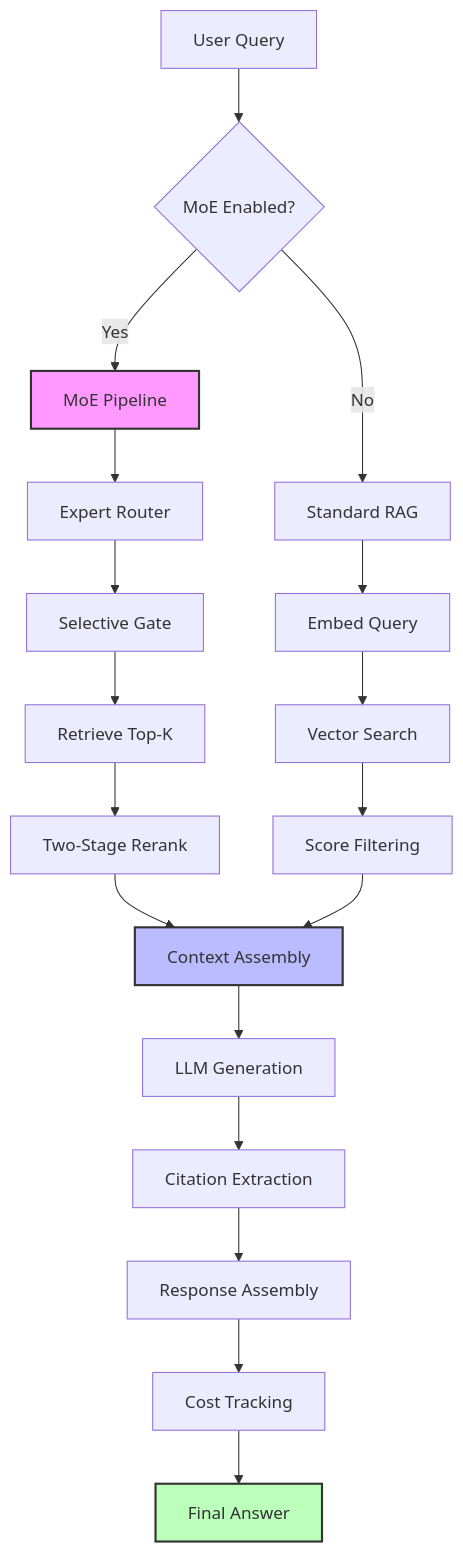
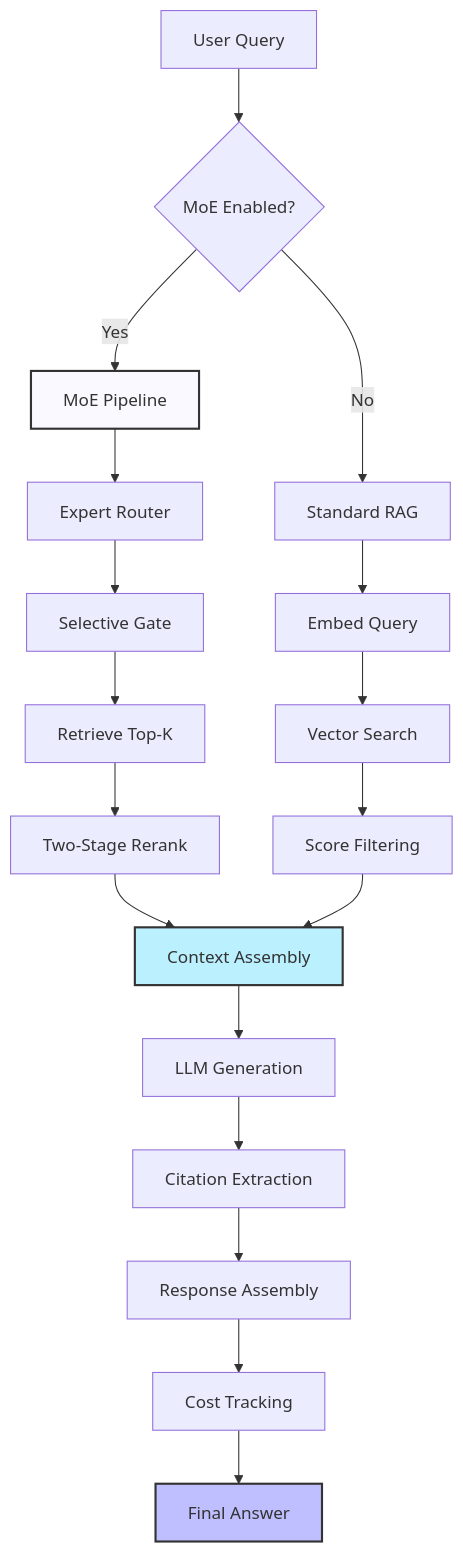
One commit to JackSmack1971/personal-rag-propo changed the fourth of 5 diagrams in README.md. Above: the diagram before and after it, drawn with Mermaid. The commit also changed other lines of this file, not shown here.

````diff
--- a/README.md
+++ b/README.md
@@ -228,27 +232,27 @@
 ```mermaid
 flowchart TD
     A[User Query] --> B{MoE Enabled?}
     B -->|Yes| C[MoE Pipeline]
     B -->|No| D[Standard RAG]
     
     C --> C1[Expert Router]
     C1 --> C2[Selective Gate]
     C2 --> C3[Retrieve Top-K]
     C3 --> C4[Two-Stage Rerank]
     C4 --> E[Context Assembly]
     
     D --> D1[Embed Query]
     D1 --> D2[Vector Search]
     D2 --> D3[Score Filtering]
     D3 --> E
     
     E --> F[LLM Generation]
     F --> G[Citation Extraction]
     G --> H[Response Assembly]
     H --> I[Cost Tracking]
     I --> J[Final Answer]
     
-    style C fill:#f9f,stroke:#333,stroke-width:2px
-    style E fill:#bbf,stroke:#333,stroke-width:2px
-    style J fill:#bfb,stroke:#333,stroke-width:2px
+    style C fill:#f9f9ff,stroke:#333,stroke-width:2px
+    style E fill:#bbf0ff,stroke:#333,stroke-width:2px
+    style J fill:#bfbfff,stroke:#333,stroke-width:2px
 ```
````
